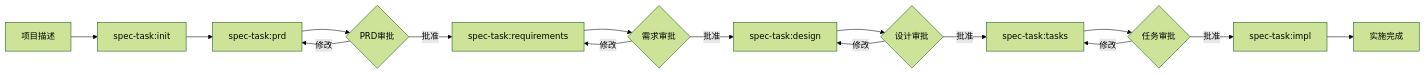
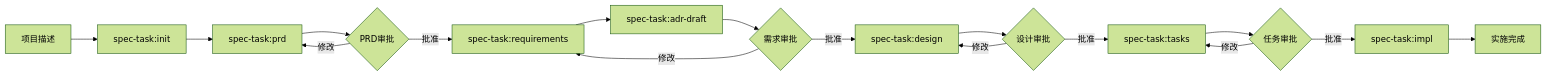
One commit to zhiyue/infinite-scribe changed the diagram in .claude/commands/spec-task/README.md. Above: the diagram before and after it, drawn with Mermaid (forest theme). The commit also changed other lines of this file and 3 other files, not shown here.

First line of the commit message:
feat(spec-task): add ADR draft generation command and update workflow

````diff
--- a/.claude/commands/spec-task/README.md
+++ b/.claude/commands/spec-task/README.md
@@ -17,18 +17,19 @@
 ```mermaid
 graph LR
     A[项目描述] --> B[spec-task:init]
     B --> C[spec-task:prd]
     C --> D{PRD审批}
     D -->|批准| E[spec-task:requirements]  
     D -->|修改| C
-    E --> F{需求审批}
-    F -->|批准| G[spec-task:design]
-    F -->|修改| E
-    G --> H{设计审批}
-    H -->|批准| I[spec-task:tasks]
-    H -->|修改| G
-    I --> J{任务审批}
-    J -->|批准| K[spec-task:impl]
-    J -->|修改| I
-    K --> L[实施完成]
+    E --> F[spec-task:adr-draft]
+    F --> G{需求审批}
+    G -->|批准| H[spec-task:design]
+    G -->|修改| E
+    H --> I{设计审批}
+    I -->|批准| J[spec-task:tasks]
+    I -->|修改| H
+    J --> K{任务审批}
+    K -->|批准| L[spec-task:impl]
+    K -->|修改| J
+    L --> M[实施完成]
 ```
````
